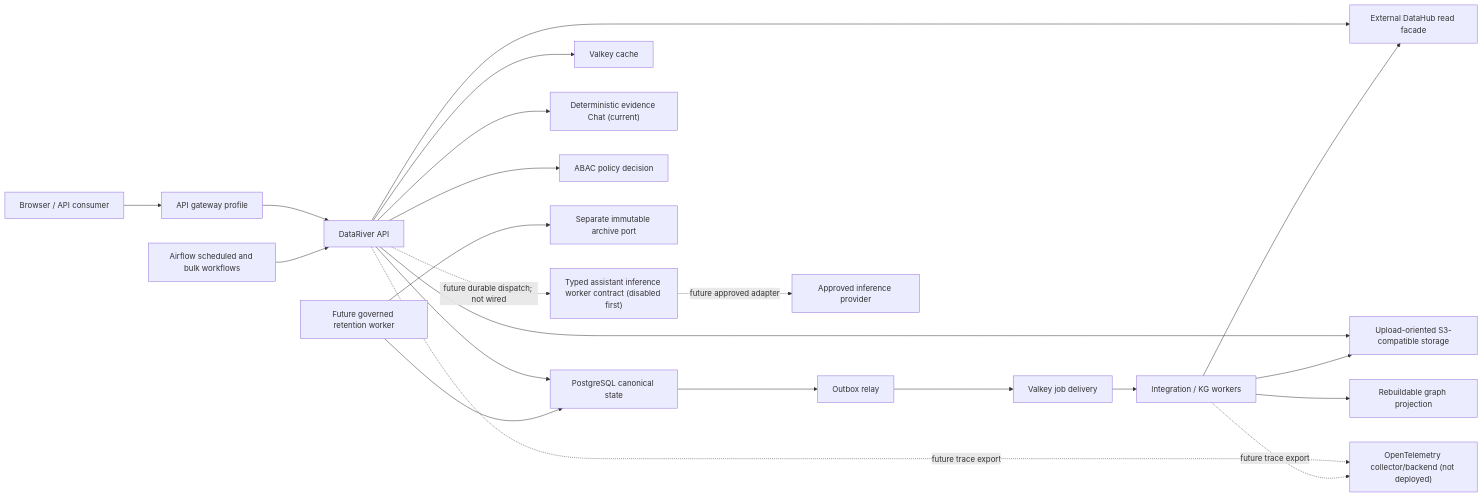
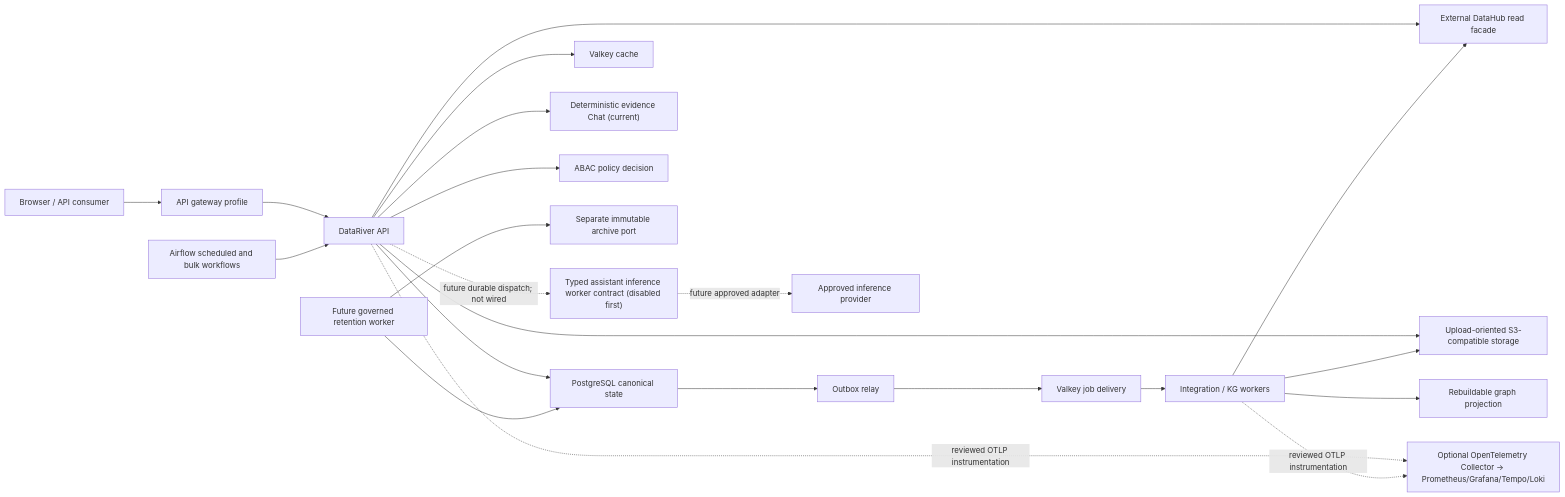
Before and after one commit to Ever-Real/datariver_poc_v0: the first of 2 diagrams in docs/03_ARCHITECTURE.md, drawn with Mermaid. The commit also changed 30 other files, not shown here.

````diff
--- a/docs/03_ARCHITECTURE.md
+++ b/docs/03_ARCHITECTURE.md
@@ -20,24 +20,24 @@
 ```mermaid
 flowchart LR
     U["Browser / API consumer"] --> G["API gateway profile"]
     G --> A["DataRiver API"]
     A --> P["PostgreSQL canonical state"]
     A --> VC["Valkey cache"]
     A --> O["Upload-oriented S3-compatible storage"]
     A --> D["External DataHub read facade"]
     A --> C["Deterministic evidence Chat (current)"]
     A --> Z["ABAC policy decision"]
     P --> R["Outbox relay"]
     R --> VQ["Valkey job delivery"]
     VQ --> W["Integration / KG workers"]
     W --> D
     W --> O
     W --> GP["Rebuildable graph projection"]
     RW["Future governed retention worker"] --> P
     RW --> IA["Separate immutable archive port"]
     AF["Airflow scheduled and bulk workflows"] --> A
     A -. "future durable dispatch; not wired" .-> IW["Typed assistant inference worker contract (disabled first)"]
     IW -. "future approved adapter" .-> L["Approved inference provider"]
-    A -. "future trace export" .-> OT["OpenTelemetry collector/backend (not deployed)"]
-    W -. "future trace export" .-> OT
+    A -. "reviewed OTLP instrumentation" .-> OT["Optional OpenTelemetry Collector -> Prometheus/Grafana/Tempo/Loki"]
+    W -. "reviewed OTLP instrumentation" .-> OT
 ```
````
